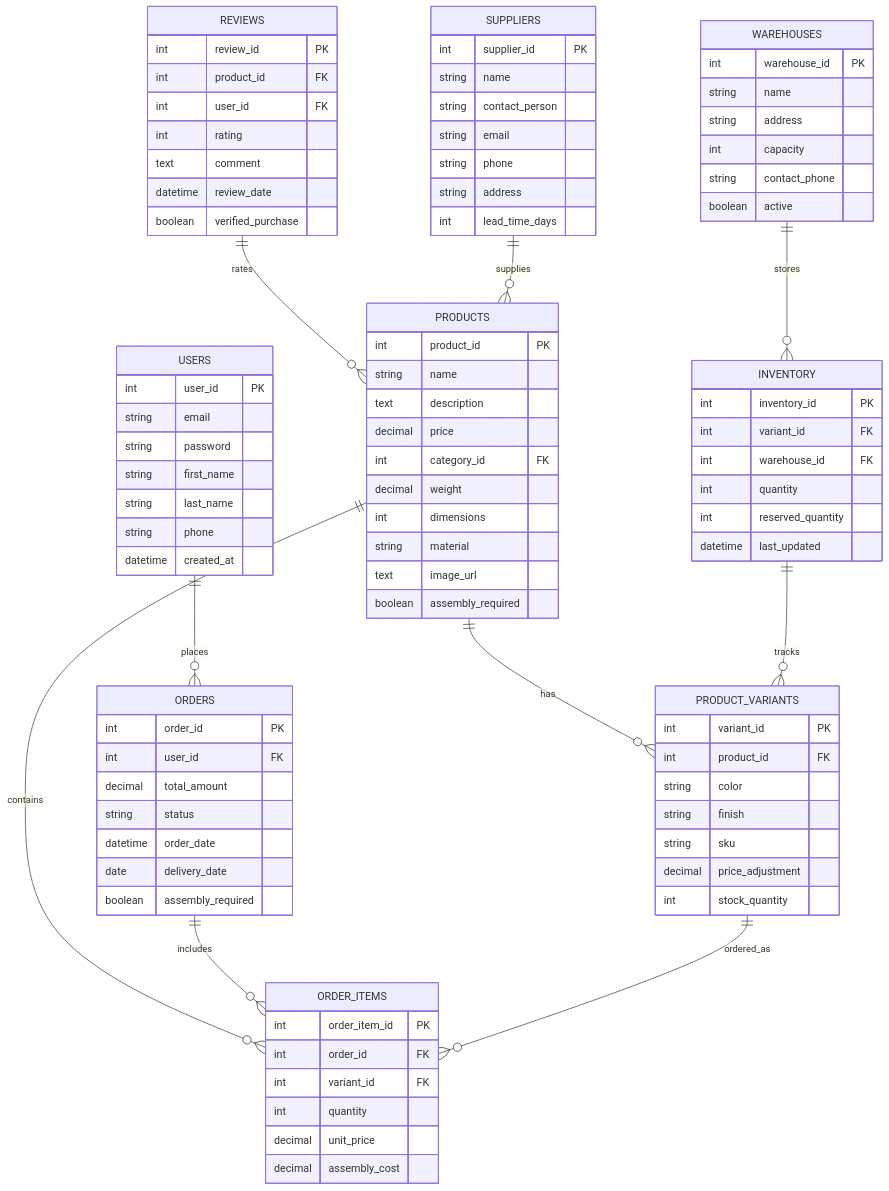
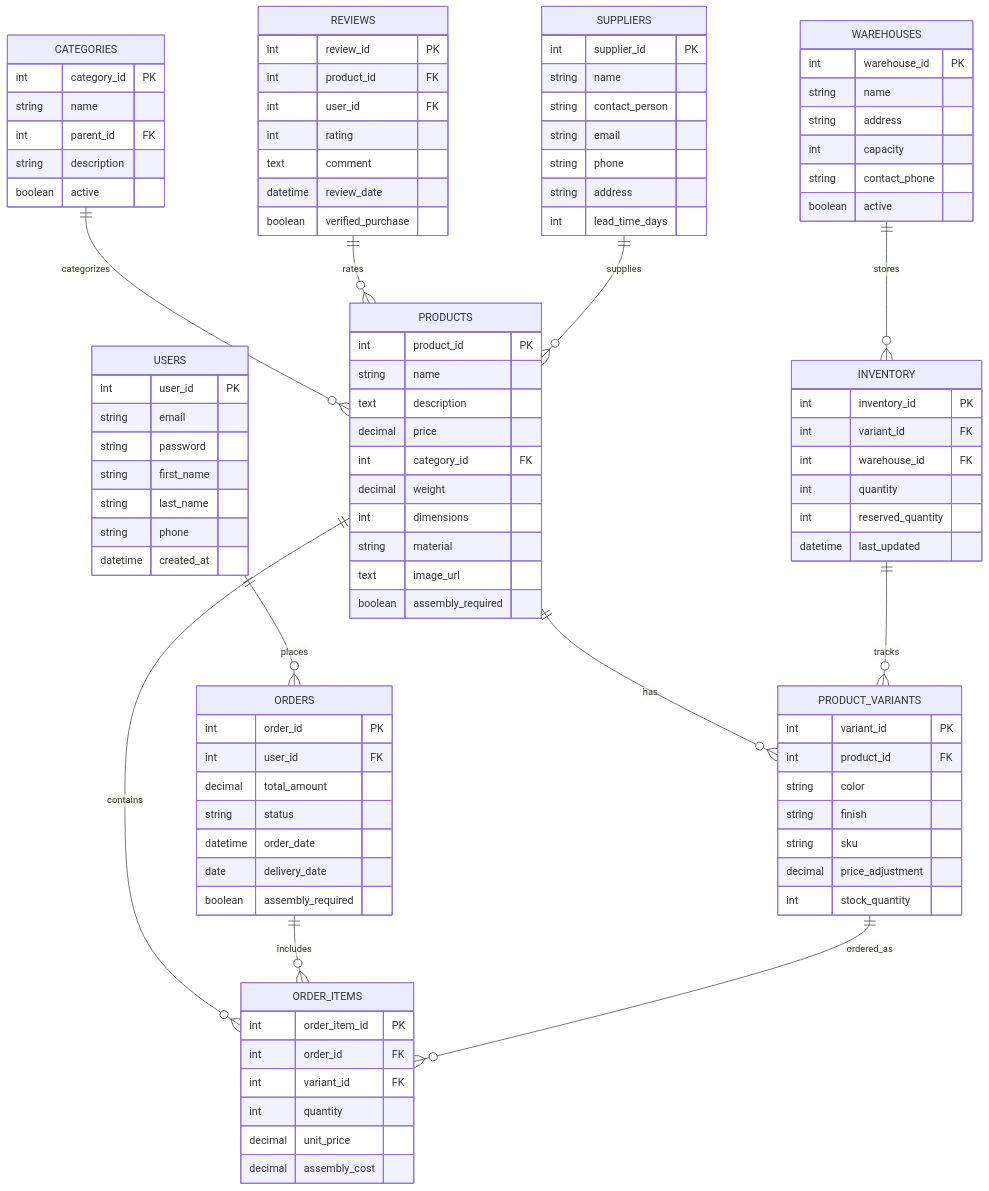
Before and after one commit to Akanksha-codes/furniture-webshop: the diagram in furniture_db_diagram.mermaid, drawn with Mermaid.

```diff
--- a/furniture_db_diagram.mermaid
+++ b/furniture_db_diagram.mermaid
@@ -1,99 +1,107 @@
 erDiagram
     USERS ||--o{ ORDERS : places
     USERS {
         int user_id PK
         string email
         string password
         string first_name
         string last_name
         string phone
         datetime created_at
     }
     
     PRODUCTS ||--o{ PRODUCT_VARIANTS : has
     PRODUCTS ||--o{ ORDER_ITEMS : contains
     PRODUCTS {
         int product_id PK
         string name
         text description
         decimal price
         int category_id FK
         decimal weight
         int dimensions
         string material
         text image_url
         boolean assembly_required
+    }
+   CATEGORIES ||--o{ PRODUCTS : categorizes
+    CATEGORIES {
+        int category_id PK
+        string name
+        int parent_id FK
+        string description
+        boolean active
     }
 
     ORDERS ||--o{ ORDER_ITEMS : includes
     ORDERS {
         int order_id PK
         int user_id FK
         decimal total_amount
         string status
         datetime order_date
         date delivery_date
         boolean assembly_required
     }
 
     PRODUCT_VARIANTS ||--o{ ORDER_ITEMS : ordered_as
     PRODUCT_VARIANTS {
         int variant_id PK
         int product_id FK
         string color
         string finish
         string sku
         decimal price_adjustment
         int stock_quantity
     }
 
     ORDER_ITEMS {
         int order_item_id PK
         int order_id FK
         int variant_id FK
         int quantity
         decimal unit_price
         decimal assembly_cost
     }
 
     INVENTORY ||--o{ PRODUCT_VARIANTS : tracks
     INVENTORY {
         int inventory_id PK
         int variant_id FK
         int warehouse_id FK
         int quantity
         int reserved_quantity
         datetime last_updated
     }
 
     WAREHOUSES ||--o{ INVENTORY : stores
     WAREHOUSES {
         int warehouse_id PK
         string name
         string address
         int capacity
         string contact_phone
         boolean active
     }
 
     REVIEWS ||--o{ PRODUCTS : rates
     REVIEWS {
         int review_id PK
         int product_id FK
         int user_id FK
         int rating
         text comment
         datetime review_date
         boolean verified_purchase
     }
 
     SUPPLIERS ||--o{ PRODUCTS : supplies
     SUPPLIERS {
         int supplier_id PK
         string name
         string contact_person
         string email
         string phone
         string address
         int lead_time_days
     }
```
